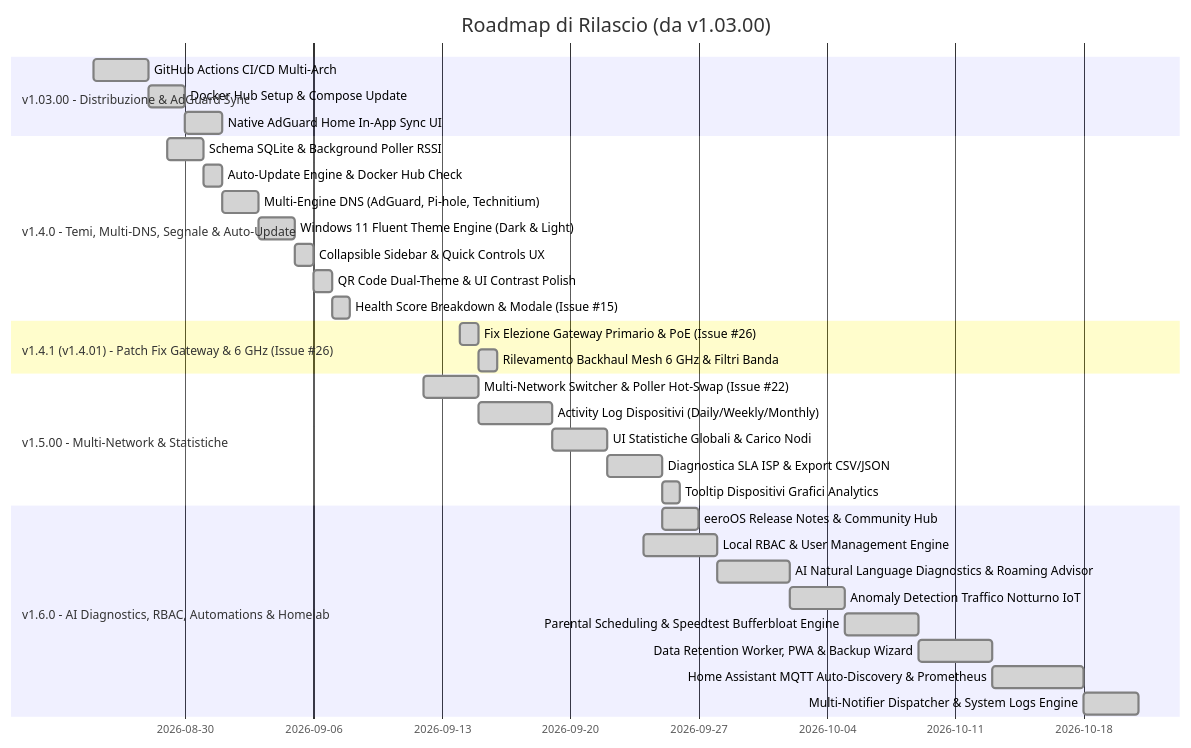
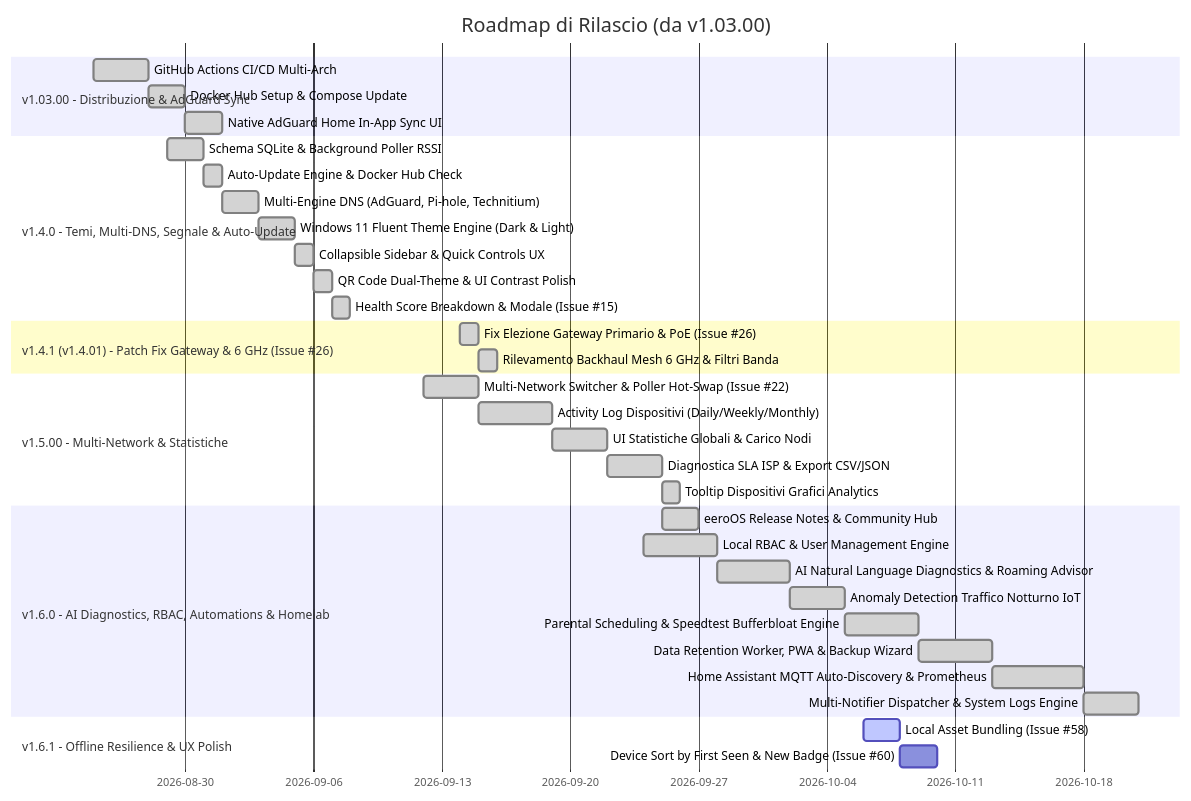
The diagram in ROADMAP.md (EnricoFlammini/Dashboard_EERO), drawn with Mermaid before and after one commit. The commit also changed other lines of this file, not shown here.

Commit message:
docs(roadmap): plan solutions for Issue #58 (offline asset bundling) and Issue #60 (first_seen sorting) in v1.6.1

````diff
--- a/ROADMAP.md
+++ b/ROADMAP.md
@@ -20,35 +20,38 @@
 ```mermaid
 gantt
     title Roadmap di Rilascio (da v1.03.00)
     dateFormat  YYYY-MM-DD
     section v1.03.00 - Distribuzione & AdGuard Sync
     GitHub Actions CI/CD Multi-Arch       :done, v1_3a, 2026-08-25, 3d
     Docker Hub Setup & Compose Update    :done, v1_3b, after v1_3a, 2d
     Native AdGuard Home In-App Sync UI   :done, v1_3c, after v1_3b, 2d
     section v1.4.0 - Temi, Multi-DNS, Segnale & Auto-Update
     Schema SQLite & Background Poller RSSI:done, v1_4a, 2026-08-29, 2d
     Auto-Update Engine & Docker Hub Check :done, v1_4b, after v1_4a, 1d
     Multi-Engine DNS (AdGuard, Pi-hole, Technitium):done, v1_4c, after v1_4b, 2d
     Windows 11 Fluent Theme Engine (Dark & Light):done, v1_4d, after v1_4c, 2d
     Collapsible Sidebar & Quick Controls UX:done, v1_4g, after v1_4d, 1d
     QR Code Dual-Theme & UI Contrast Polish:done, v1_4e, after v1_4g, 1d
     Health Score Breakdown & Modale (Issue #15):done, v1_4f, after v1_4e, 1d
     section v1.4.1 (v1.4.01) - Patch Fix Gateway & 6 GHz (Issue #26)
     Fix Elezione Gateway Primario & PoE (Issue #26):done, v1_41a, 2026-09-14, 1d
     Rilevamento Backhaul Mesh 6 GHz & Filtri Banda:done, v1_41b, after v1_41a, 1d
     section v1.5.00 - Multi-Network & Statistiche
     Multi-Network Switcher & Poller Hot-Swap (Issue #22):done, v1_5a, 2026-09-12, 3d
     Activity Log Dispositivi (Daily/Weekly/Monthly):done, v1_5b, after v1_5a, 4d
     UI Statistiche Globali & Carico Nodi :done, v1_5c, after v1_5b, 3d
     Diagnostica SLA ISP & Export CSV/JSON :done, v1_5d, after v1_5c, 3d
     Tooltip Dispositivi Grafici Analytics :done, v1_5e, after v1_5d, 1d
     section v1.6.0 - AI Diagnostics, RBAC, Automations & Homelab
     eeroOS Release Notes & Community Hub :done, v1_6_news, 2026-09-25, 2d
     Local RBAC & User Management Engine               :done, v1_6a, 2026-09-24, 4d
     AI Natural Language Diagnostics & Roaming Advisor :done, v1_6b, after v1_6a, 4d
     Anomaly Detection Traffico Notturno IoT           :done, v1_6c, after v1_6b, 3d
     Parental Scheduling & Speedtest Bufferbloat Engine :done, v1_6d, after v1_6c, 4d
     Data Retention Worker, PWA & Backup Wizard         :done, v1_6g, after v1_6d, 4d
     Home Assistant MQTT Auto-Discovery & Prometheus    :done, v1_6e, after v1_6g, 5d
     Multi-Notifier Dispatcher & System Logs Engine     :done, v1_6f, after v1_6e, 3d
+    section v1.6.1 - Offline Resilience & UX Polish
+    Local Asset Bundling (Issue #58)                  :active, v1_61a, 2026-10-06, 2d
+    Device Sort by First Seen & New Badge (Issue #60) :v1_61b, after v1_61a, 2d
 ```
````
